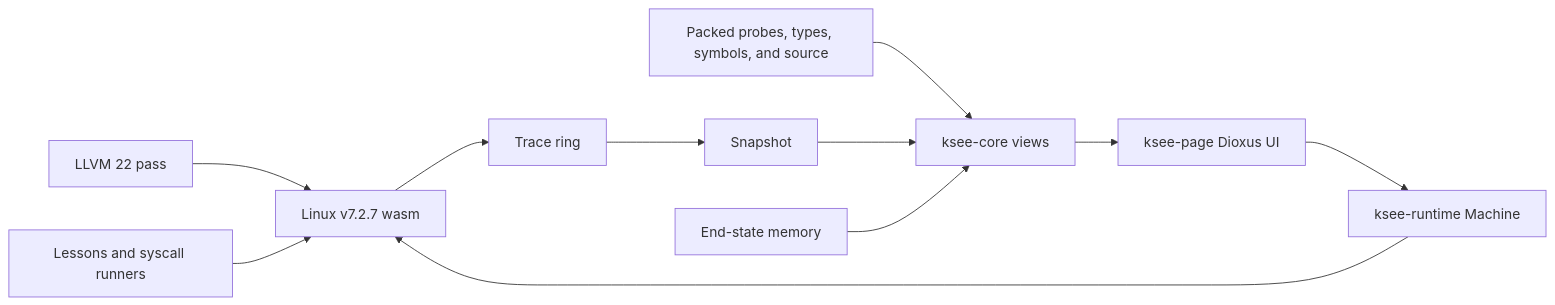
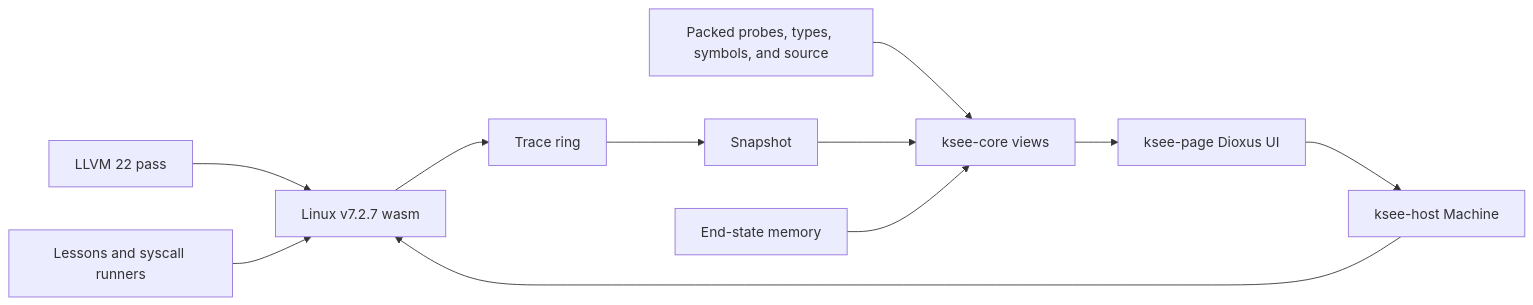
One commit to ShawnZhong/kSEE changed the diagram in docs/design.md. Above: the diagram before and after it, drawn with Mermaid. The commit also changed other lines of this file and 26 other files, not shown here.

First line of the commit message:
[kSEE] Rename the kernel runtime to host

````diff
--- a/docs/design.md
+++ b/docs/design.md
@@ -41,13 +41,13 @@
 ```mermaid
 flowchart LR
     P[LLVM 22 pass] --> K[Linux v7.2.7 wasm]
     U[Lessons and syscall runners] --> K
-    UI[ksee-page Dioxus UI] --> M[ksee-runtime Machine]
+    UI[ksee-page Dioxus UI] --> M[ksee-host Machine]
     M --> K
     K --> R[Trace ring]
     R --> S[Snapshot]
     D[Packed probes, types, symbols, and source] --> C[ksee-core views]
     S --> C
     E[End-state memory] --> C
     C --> UI
 ```
````
